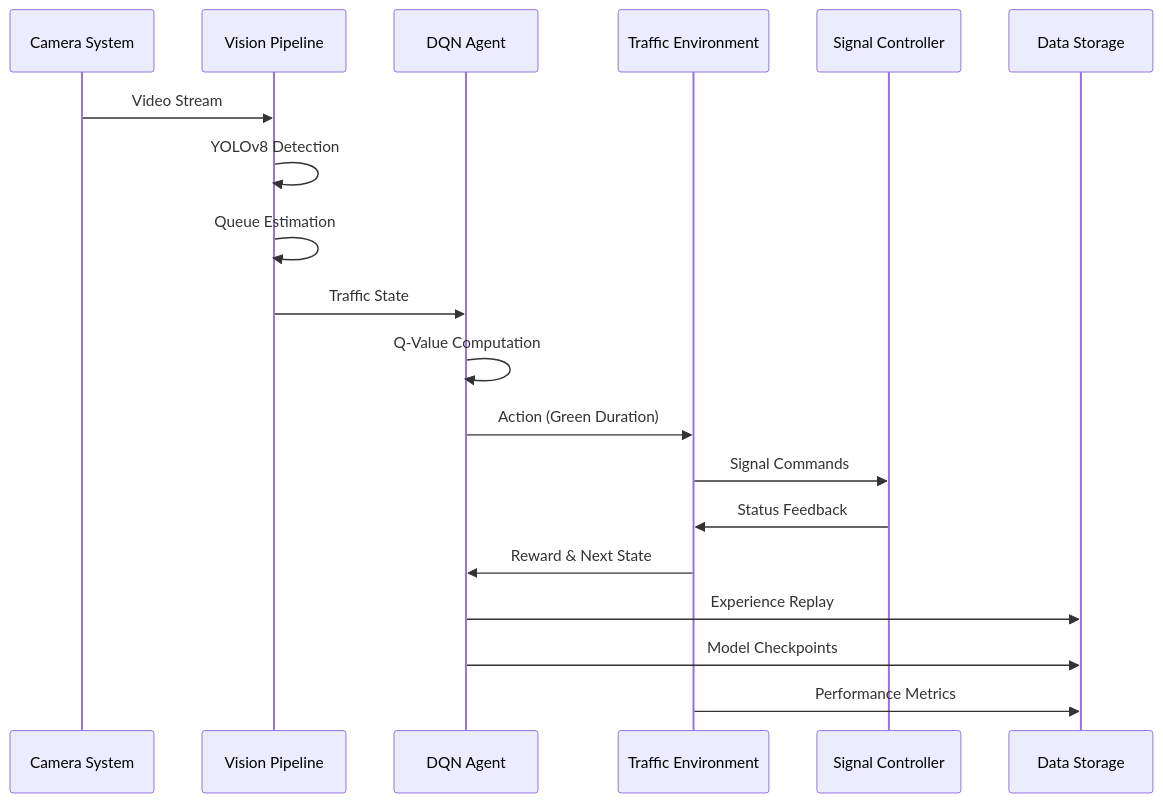
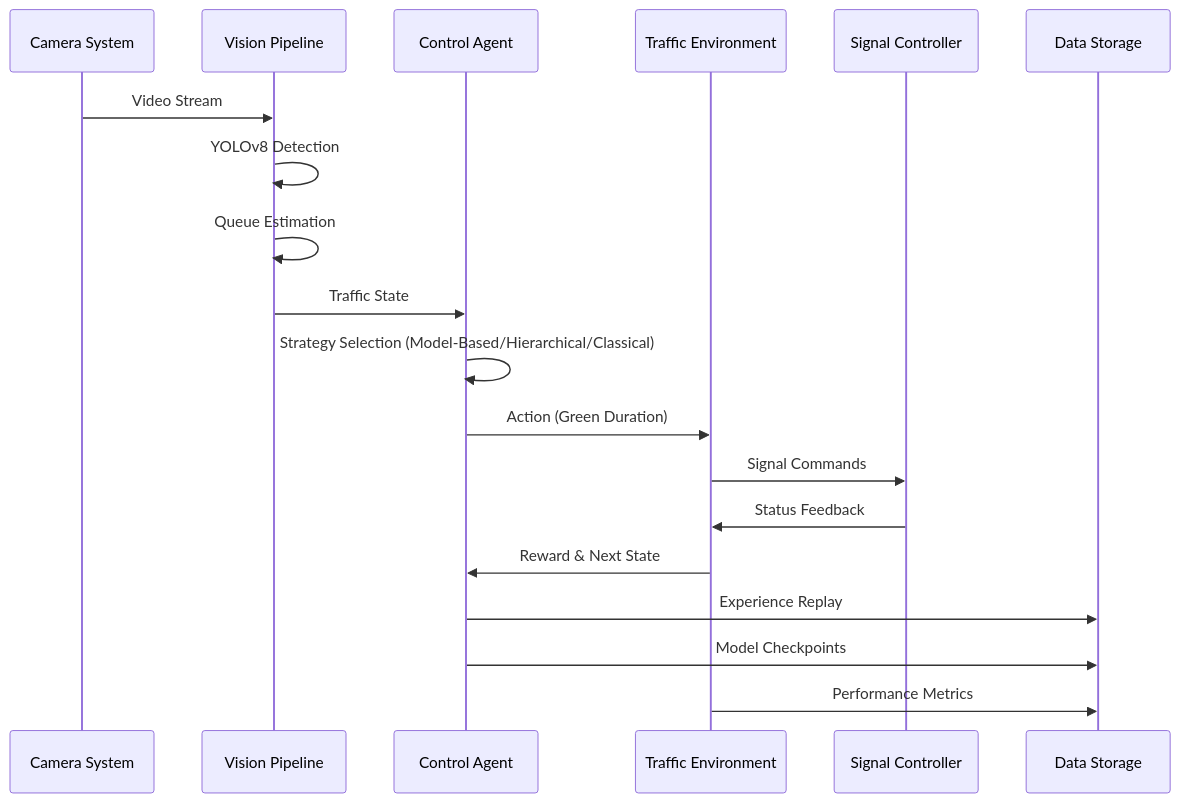
The second of 8 diagrams in high_level_architecture.md (Bobbymkr/Projects), drawn with Mermaid before and after one commit. The commit also changed other lines of this file and 16 other files, not shown here.

````diff
--- a/high_level_architecture.md
+++ b/high_level_architecture.md
@@ -181,24 +193,24 @@
 ```mermaid
 sequenceDiagram
     participant Camera as Camera System
     participant Vision as Vision Pipeline
-    participant Agent as DQN Agent
+    participant Agent as Control Agent
     participant Environment as Traffic Environment
     participant Controller as Signal Controller
     participant Storage as Data Storage
 
     Camera->>Vision: Video Stream
     Vision->>Vision: YOLOv8 Detection
     Vision->>Vision: Queue Estimation
     Vision->>Agent: Traffic State
     
-    Agent->>Agent: Q-Value Computation
+    Agent->>Agent: Strategy Selection (Model-Based/Hierarchical/Classical)
     Agent->>Environment: Action (Green Duration)
     Environment->>Controller: Signal Commands
     Controller->>Environment: Status Feedback
     
     Environment->>Agent: Reward & Next State
     Agent->>Storage: Experience Replay
     Agent->>Storage: Model Checkpoints
     Environment->>Storage: Performance Metrics
 ```
````
